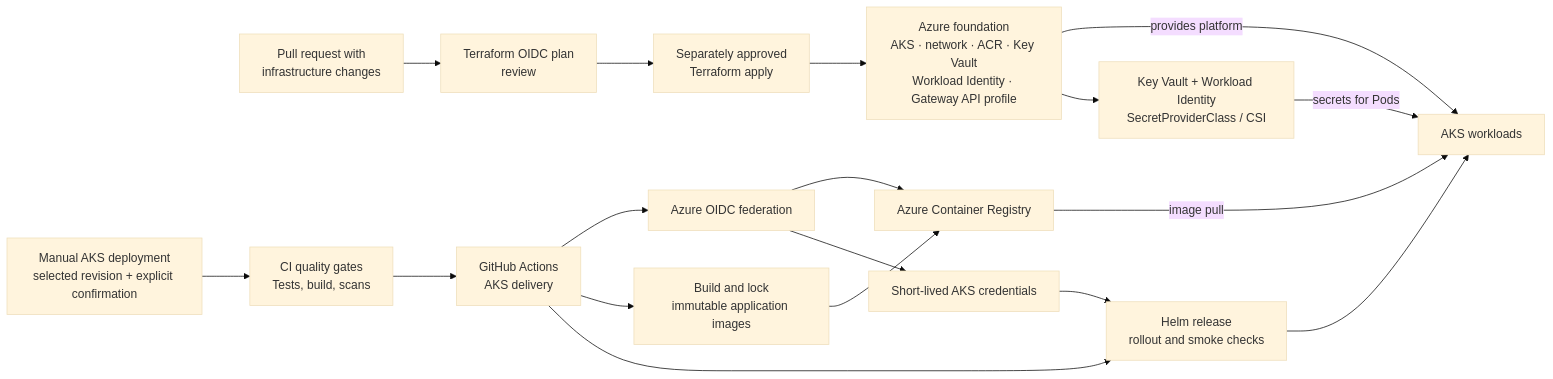
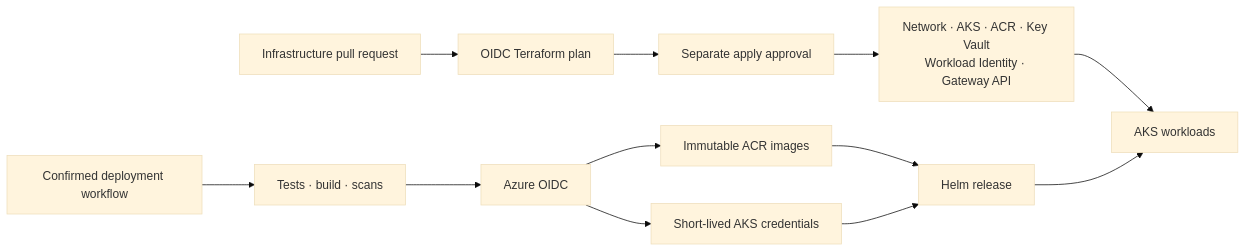
Before and after one commit to hzzcoding/SlowChrome-Showcase: the third of 4 diagrams in docs/technical-case-study.md, drawn with Mermaid (base theme). The commit also changed other lines of this file and 12 other files, not shown here.

````diff
--- a/docs/technical-case-study.md
+++ b/docs/technical-case-study.md
@@ -91,21 +332,15 @@
 ```mermaid
 flowchart LR
-    pr["Pull request with\ninfrastructure changes"] --> plan["Terraform OIDC plan\nreview"]
-    plan --> apply["Separately approved\nTerraform apply"]
-    apply --> foundation["Azure foundation\nAKS · network · ACR · Key Vault\nWorkload Identity · Gateway API profile"]
+    pr["Infrastructure pull request"] --> plan["OIDC Terraform plan"]
+    plan --> approval["Separate apply approval"]
+    approval --> foundation["Network · AKS · ACR · Key Vault\nWorkload Identity · Gateway API"]
 
-    dispatch["Manual AKS deployment\nselected revision + explicit confirmation"] --> checks["CI quality gates\nTests, build, scans"]
-    checks --> deploy["GitHub Actions\nAKS delivery"]
-    deploy --> oidc["Azure OIDC federation"]
-    oidc --> acr["Azure Container Registry"]
+    dispatch["Confirmed deployment workflow"] --> checks["Tests · build · scans"]
+    checks --> oidc["Azure OIDC"]
+    oidc --> images["Immutable ACR images"]
     oidc --> credentials["Short-lived AKS credentials"]
-    deploy --> images["Build and lock\nimmutable application images"]
-    images --> acr
-    acr -->|image pull| workloads["AKS workloads"]
-    deploy --> helm["Helm release\nrollout and smoke checks"]
+    images --> helm["Helm release"]
     credentials --> helm
+    foundation --> workloads["AKS workloads"]
     helm --> workloads
-    foundation -->|provides platform| workloads
-    foundation --> secrets["Key Vault + Workload Identity\nSecretProviderClass / CSI"]
-    secrets -->|secrets for Pods| workloads
 ```
````
